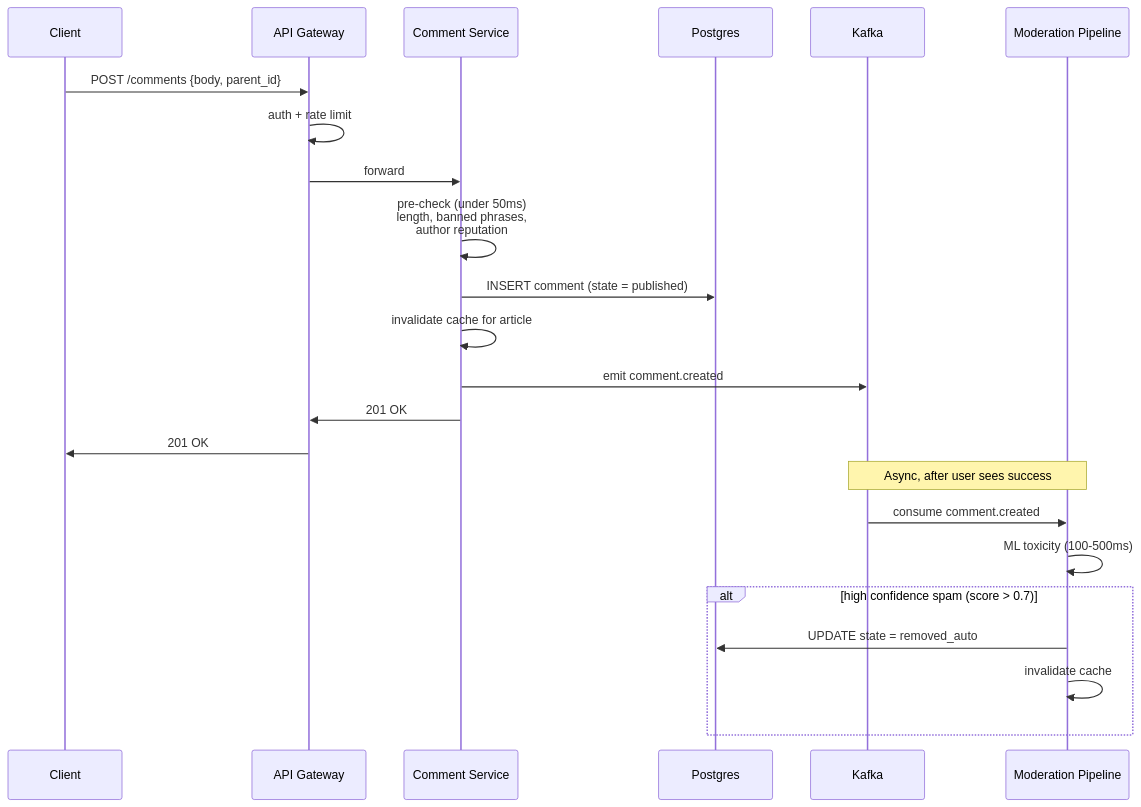
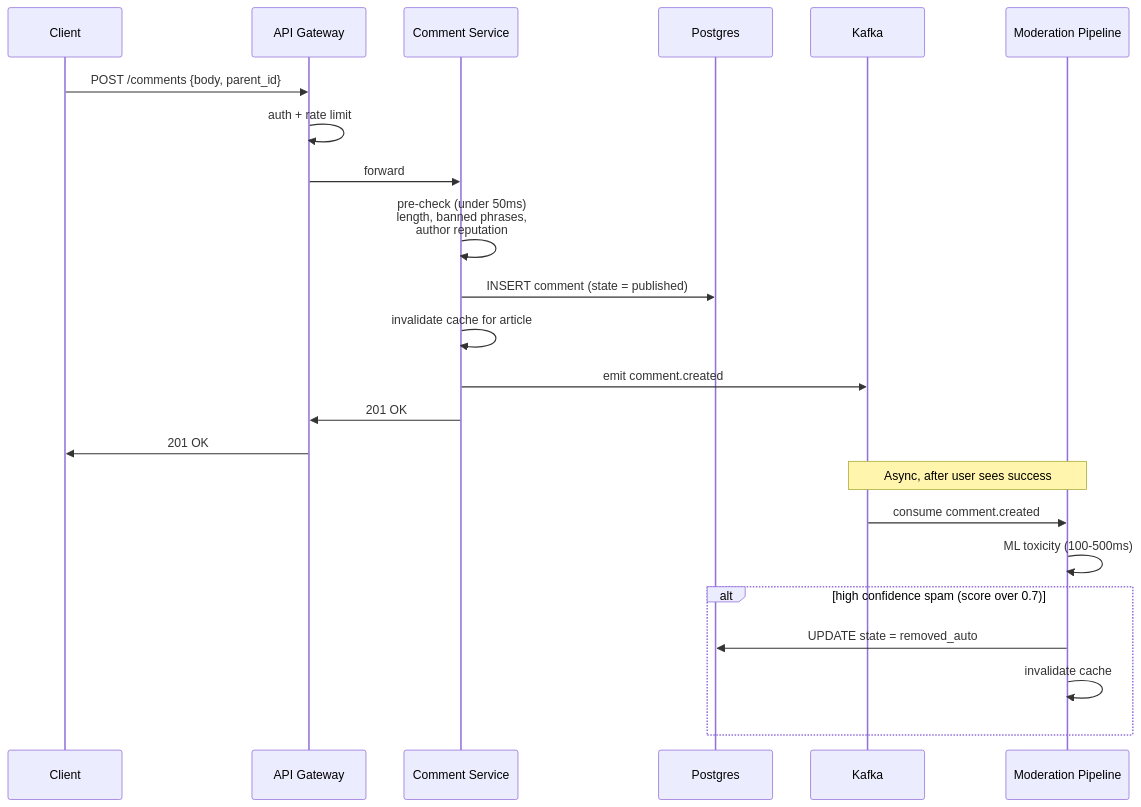
One commit to shiningflash/shiningflash.github.io changed the fourth of 5 diagrams in _practice/system-design/015-comment-system.md. Above: the diagram before and after it, drawn with Mermaid. The commit also changed other lines of this file and 6 other files, not shown here.

````diff
--- a/_practice/system-design/015-comment-system.md
+++ b/_practice/system-design/015-comment-system.md
@@ -1018,28 +1018,28 @@
 ```mermaid
 sequenceDiagram
     participant Client
     participant API as API Gateway
     participant CS as Comment Service
     participant DB as Postgres
     participant Kafka
     participant Mod as Moderation Pipeline
 
     Client->>API: POST /comments {body, parent_id}
     API->>API: auth + rate limit
     API->>CS: forward
     CS->>CS: pre-check (under 50ms)<br/>length, banned phrases,<br/>author reputation
     CS->>DB: INSERT comment (state = published)
     CS->>CS: invalidate cache for article
     CS->>Kafka: emit comment.created
     CS->>API: 201 OK
     API->>Client: 201 OK
 
     Note over Kafka,Mod: Async, after user sees success
     Kafka->>Mod: consume comment.created
     Mod->>Mod: ML toxicity (100-500ms)
 
-    alt high confidence spam (score > 0.7)
+    alt high confidence spam (score over 0.7)
         Mod->>DB: UPDATE state = removed_auto
         Mod->>Mod: invalidate cache
     end
 ```
````
